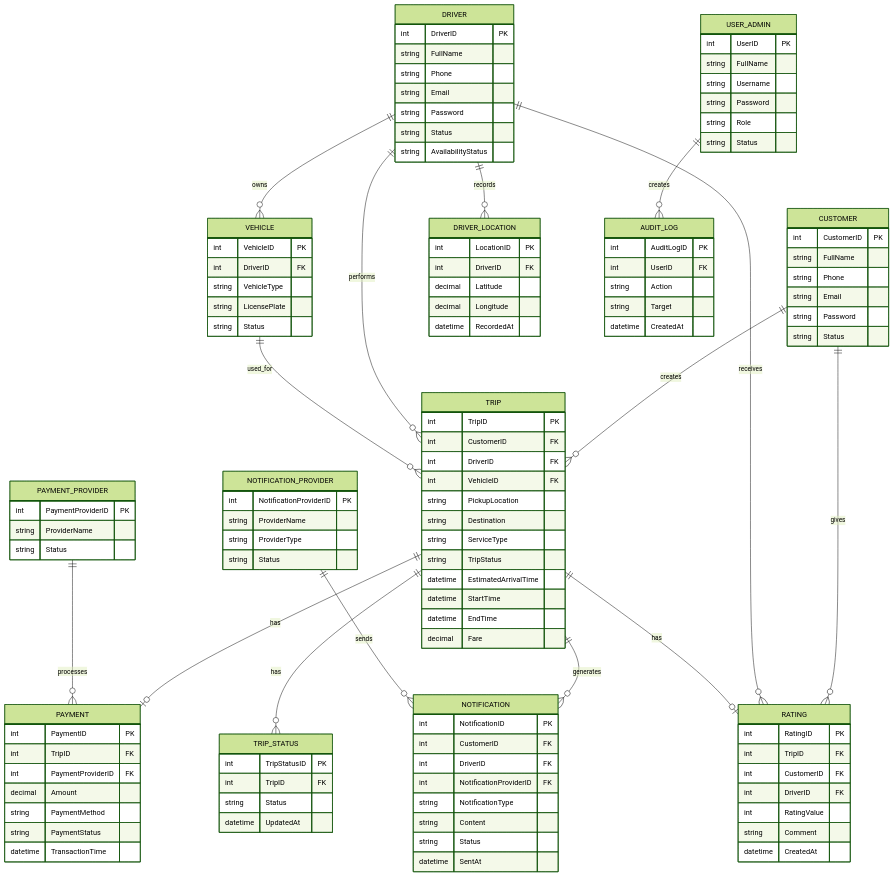
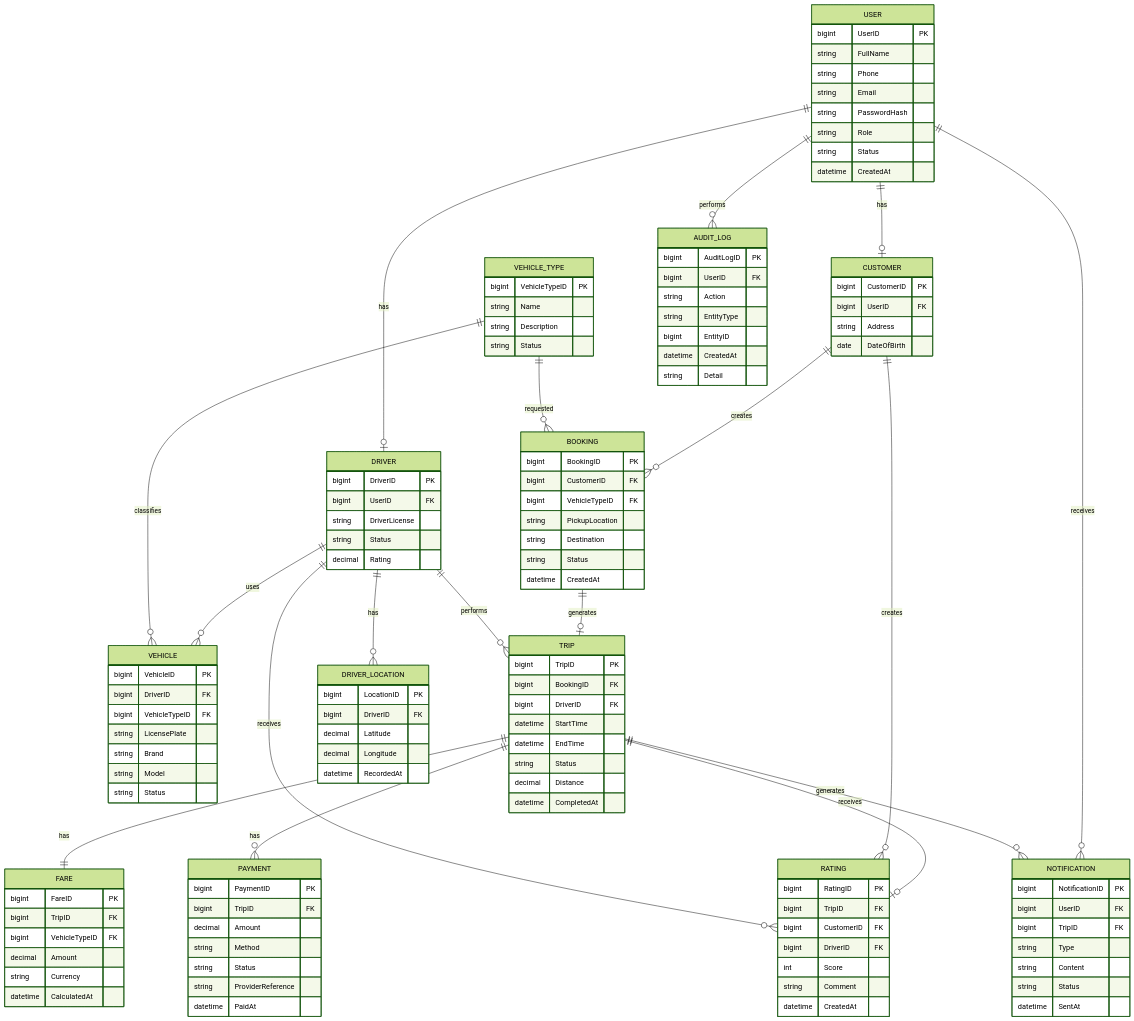
Before and after one commit to kanztran2605/23646731_TranQuocKhang_Cabsystem: the fourth of 5 diagrams in SRS.md, drawn with Mermaid (forest theme). The commit also changed other lines of this file, not shown here.

````diff
--- a/SRS.md
+++ b/SRS.md
@@ -677,141 +797,150 @@
 ```mermaid
 erDiagram
 
-    CUSTOMER ||--o{ TRIP : creates
-    DRIVER ||--o{ TRIP : performs
-    DRIVER ||--o{ VEHICLE : owns
-    VEHICLE ||--o{ TRIP : used_for
+    USER ||--o| CUSTOMER : "has"
+    USER ||--o| DRIVER : "has"
 
-    TRIP ||--o{ TRIP_STATUS : has
-    DRIVER ||--o{ DRIVER_LOCATION : records
+    DRIVER ||--o{ VEHICLE : "uses"
+    VEHICLE_TYPE ||--o{ VEHICLE : "classifies"
 
-    TRIP ||--o| PAYMENT : has
-    PAYMENT_PROVIDER ||--o{ PAYMENT : processes
+    CUSTOMER ||--o{ BOOKING : "creates"
+    VEHICLE_TYPE ||--o{ BOOKING : "requested"
 
-    TRIP ||--o{ NOTIFICATION : generates
-    NOTIFICATION_PROVIDER ||--o{ NOTIFICATION : sends
+    BOOKING ||--o| TRIP : "generates"
+    DRIVER ||--o{ TRIP : "performs"
 
-    CUSTOMER ||--o{ RATING : gives
-    DRIVER ||--o{ RATING : receives
-    TRIP ||--o| RATING : has
+    DRIVER ||--o{ DRIVER_LOCATION : "has"
 
-    USER_ADMIN ||--o{ AUDIT_LOG : creates
+    TRIP ||--|| FARE : "has"
+    TRIP ||--o{ PAYMENT : "has"
 
-    CUSTOMER {
-        int CustomerID PK
+    TRIP ||--o| RATING : "receives"
+    CUSTOMER ||--o{ RATING : "creates"
+    DRIVER ||--o{ RATING : "receives"
+
+    USER ||--o{ NOTIFICATION : "receives"
+    TRIP ||--o{ NOTIFICATION : "generates"
+
+    USER ||--o{ AUDIT_LOG : "performs"
+
+    USER {
+        bigint UserID PK
         string FullName
         string Phone
         string Email
-        string Password
+        string PasswordHash
+        string Role
+        string Status
+        datetime CreatedAt
+    }
+
+    CUSTOMER {
+        bigint CustomerID PK
+        bigint UserID FK
+        string Address
+        date DateOfBirth
+    }
+
+    DRIVER {
+        bigint DriverID PK
+        bigint UserID FK
+        string DriverLicense
+        string Status
+        decimal Rating
+    }
+
+    VEHICLE {
+        bigint VehicleID PK
+        bigint DriverID FK
+        bigint VehicleTypeID FK
+        string LicensePlate
+        string Brand
+        string Model
         string Status
     }
 
-    DRIVER {
-        int DriverID PK
-        string FullName
-        string Phone
-        string Email
-        string Password
-        string Status
-        string AvailabilityStatus
-    }
-
-    VEHICLE {
-        int VehicleID PK
-        int DriverID FK
-        string VehicleType
-        string LicensePlate
+    VEHICLE_TYPE {
+        bigint VehicleTypeID PK
+        string Name
+        string Description
         string Status
     }
 
-    TRIP {
-        int TripID PK
-        int CustomerID FK
-        int DriverID FK
-        int VehicleID FK
+    BOOKING {
+        bigint BookingID PK
+        bigint CustomerID FK
+        bigint VehicleTypeID FK
         string PickupLocation
         string Destination
-        string ServiceType
-        string TripStatus
-        datetime EstimatedArrivalTime
+        string Status
+        datetime CreatedAt
+    }
+
+    TRIP {
+        bigint TripID PK
+        bigint BookingID FK
+        bigint DriverID FK
         datetime StartTime
         datetime EndTime
-        decimal Fare
-    }
-
-    TRIP_STATUS {
-        int TripStatusID PK
-        int TripID FK
         string Status
-        datetime UpdatedAt
+        decimal Distance
+        datetime CompletedAt
     }
 
     DRIVER_LOCATION {
-        int LocationID PK
-        int DriverID FK
+        bigint LocationID PK
+        bigint DriverID FK
         decimal Latitude
         decimal Longitude
         datetime RecordedAt
     }
 
-    PAYMENT {
-        int PaymentID PK
-        int TripID FK
-        int PaymentProviderID FK
+    FARE {
+        bigint FareID PK
+        bigint TripID FK
+        bigint VehicleTypeID FK
         decimal Amount
-        string PaymentMethod
-        string PaymentStatus
-        datetime TransactionTime
+        string Currency
+        datetime CalculatedAt
     }
 
-    PAYMENT_PROVIDER {
-        int PaymentProviderID PK
-        string ProviderName
+    PAYMENT {
+        bigint PaymentID PK
+        bigint TripID FK
+        decimal Amount
+        string Method
         string Status
+        string ProviderReference
+        datetime PaidAt
+    }
+
+    RATING {
+        bigint RatingID PK
+        bigint TripID FK
+        bigint CustomerID FK
+        bigint DriverID FK
+        int Score
+        string Comment
+        datetime CreatedAt
     }
 
     NOTIFICATION {
-        int NotificationID PK
-        int CustomerID FK
-        int DriverID FK
-        int NotificationProviderID FK
-        string NotificationType
+        bigint NotificationID PK
+        bigint UserID FK
+        bigint TripID FK
+        string Type
         string Content
         string Status
         datetime SentAt
     }
 
-    NOTIFICATION_PROVIDER {
-        int NotificationProviderID PK
-        string ProviderName
-        string ProviderType
-        string Status
-    }
-
-    RATING {
-        int RatingID PK
-        int TripID FK
-        int CustomerID FK
-        int DriverID FK
-        int RatingValue
-        string Comment
+    AUDIT_LOG {
+        bigint AuditLogID PK
+        bigint UserID FK
+        string Action
+        string EntityType
+        bigint EntityID
         datetime CreatedAt
-    }
-
-    USER_ADMIN {
-        int UserID PK
-        string FullName
-        string Username
-        string Password
-        string Role
-        string Status
-    }
-
-    AUDIT_LOG {
-        int AuditLogID PK
-        int UserID FK
-        string Action
-        string Target
-        datetime CreatedAt
+        string Detail
     }
 ```
````
